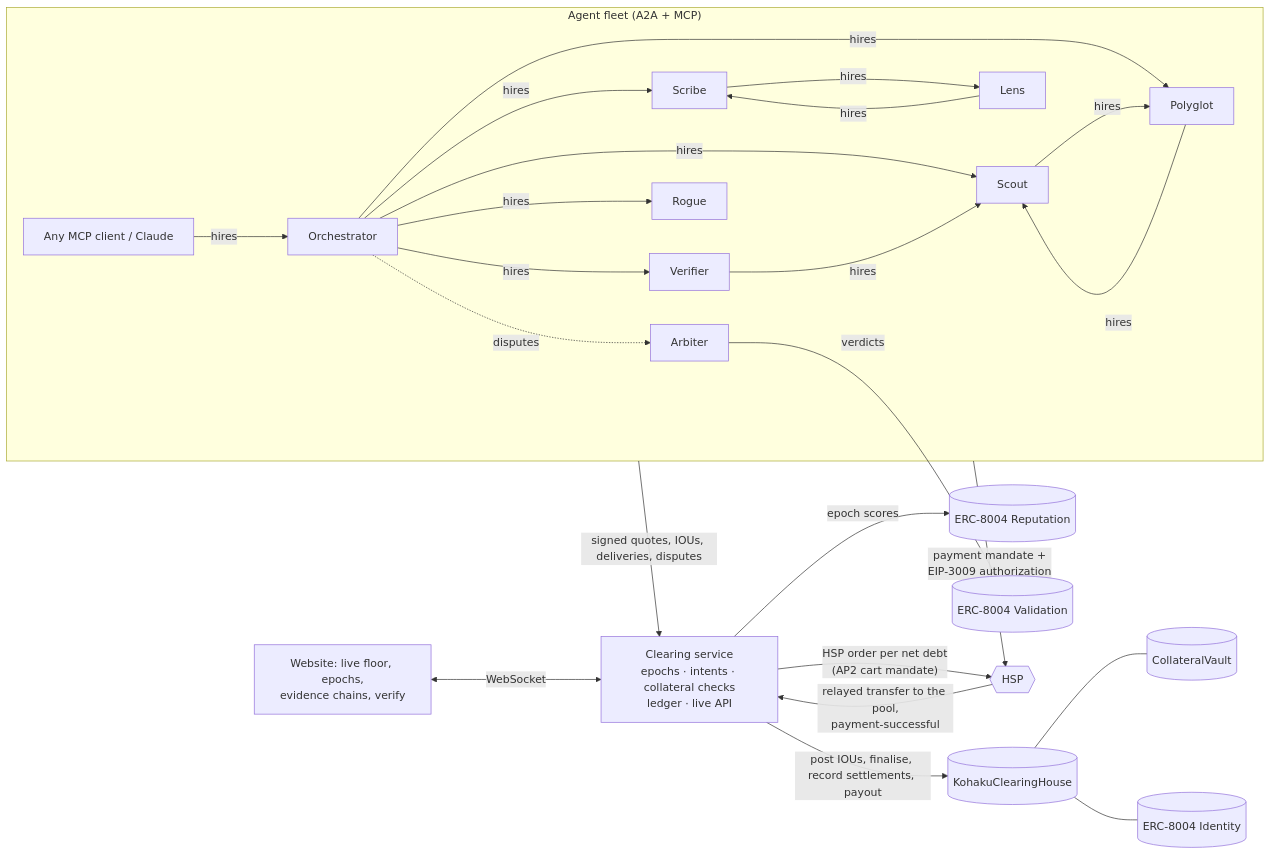
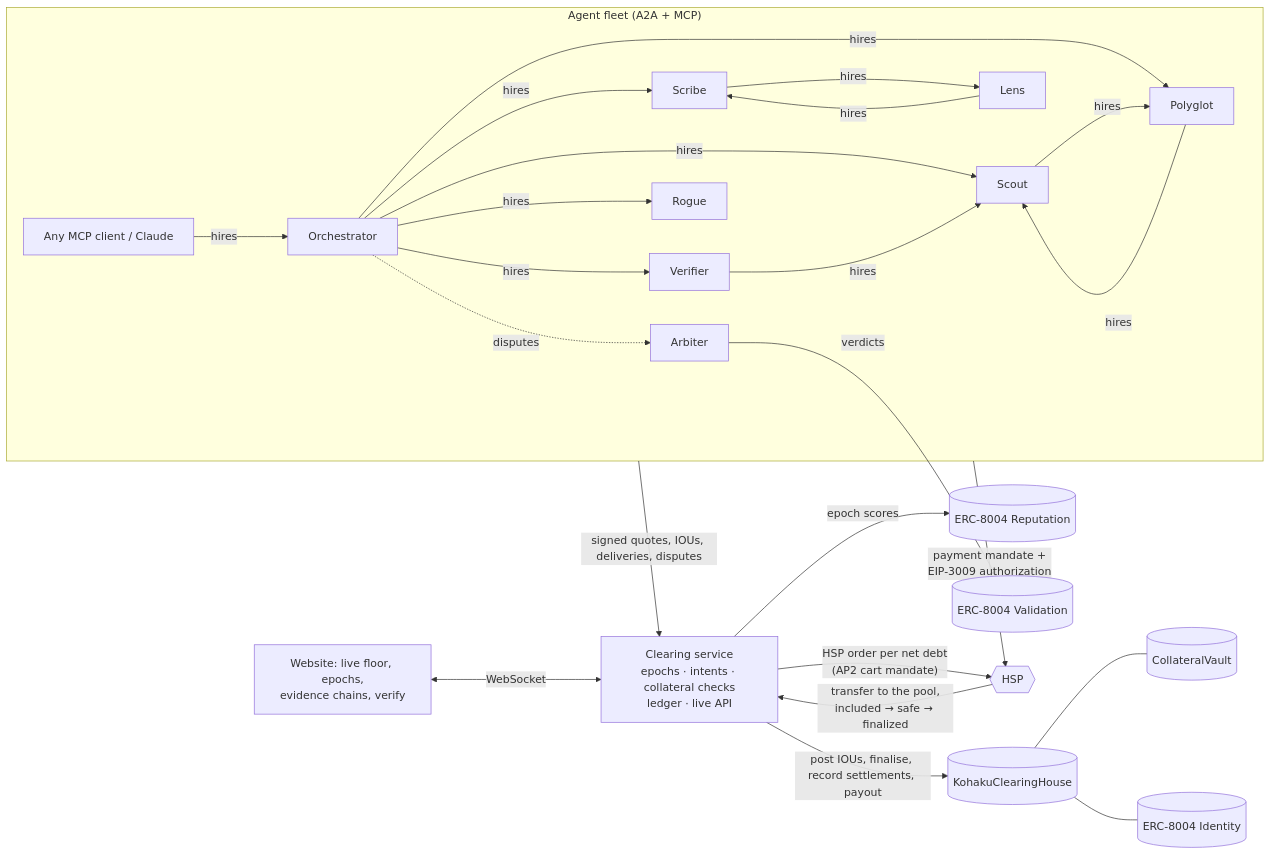
Before and after one commit to Nouman-wp/Kohaku: the diagram in README.md, drawn with Mermaid. The commit also changed other lines of this file and 19 other files, not shown here.

````diff
--- a/README.md
+++ b/README.md
@@ -39,24 +39,24 @@
 ```mermaid
 flowchart LR
   subgraph Fleet["Agent fleet (A2A + MCP)"]
     O[Orchestrator] -- hires --> S[Scout]
     O -- hires --> V[Verifier] -- hires --> S
     O -- hires --> SC[Scribe] -- hires --> L[Lens] -- hires --> SC
     O -- hires --> P[Polyglot] -- hires --> S
     S -- hires --> P
     O -. disputes .-> A[Arbiter]
     O -- hires --> R[Rogue]
     G[Any MCP client / Claude] -- hires --> O
   end
 
   Fleet -- "signed quotes, IOUs, deliveries, disputes" --> C[Clearing service<br/>epochs · intents · collateral checks<br/>ledger · live API]
   C -- "post IOUs, finalise, record settlements, payout" --> CH[(KohakuClearingHouse)]
   CH --- VA[(CollateralVault)]
   CH --- ID[(ERC-8004 Identity)]
   C -- "epoch scores" --> RP[(ERC-8004 Reputation)]
   A -- "verdicts" --> VR[(ERC-8004 Validation)]
   C -- "HSP order per net debt<br/>(AP2 cart mandate)" --> HSP{{HSP}}
   Fleet -- "payment mandate +<br/>EIP-3009 authorization" --> HSP
-  HSP -- "relayed transfer to the pool,<br/>payment-successful" --> C
+  HSP -- "transfer to the pool,<br/>included → safe → finalized" --> C
   W[Website: live floor, epochs,<br/>evidence chains, verify] <-- WebSocket --> C
 ```
````
